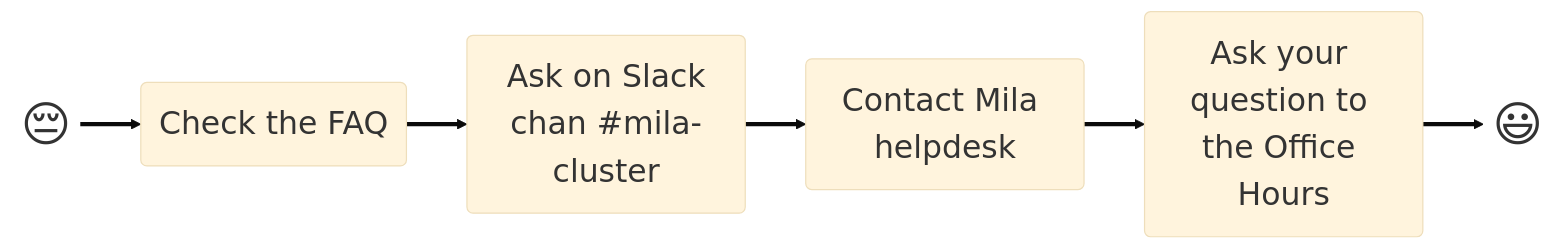
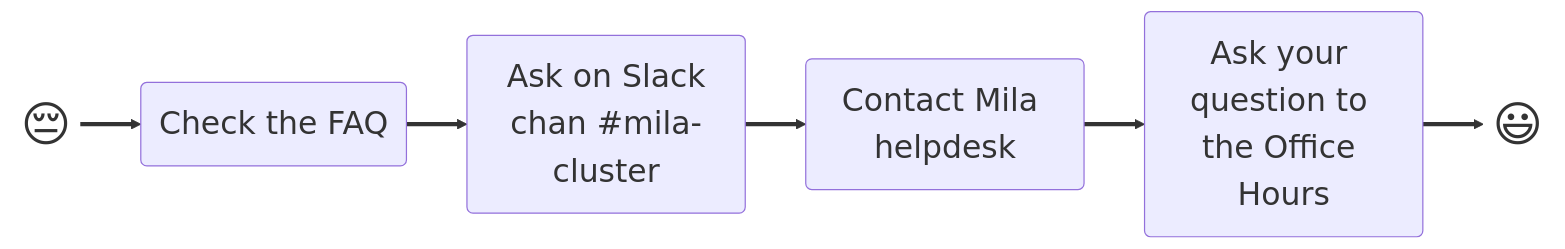
One commit to mila-iqia/mila-docs changed the diagram in docs/help/index.md. Above: the diagram before and after it, drawn with Mermaid.

Commit message:
Minor update on Help diagram

````diff
--- a/docs/help/index.md
+++ b/docs/help/index.md
@@ -6,24 +6,23 @@
 ``` mermaid
-    %%{init: {'theme': 'base', 'themeVariables': {'fontColor': 'purple', 'fontSize': '20px', 'fontFamily': 'Inter'}}}%%
     graph LR
         User(😔):::emoji
         Slack("`Ask on Slack
         chan #mila-cluster`"):::bigger
         Yay(😃):::emoji
 
         User ==> FAQ(Check the FAQ):::bigger
         FAQ ==> Slack
         Slack ==> Helpdesk(Contact Mila helpdesk):::bigger
         Helpdesk ==> OfficeHours(Ask your question to the Office Hours):::bigger
         OfficeHours ==> Yay
 
 
         User@{ shape: text }
         Yay@{ shape: text }
 
         click FAQ "/help/faq/"
         click Helpdesk "https://mila-iqia.atlassian.net/servicedesk/customer/portal/5"
 
         classDef bigger font-size:26px
-        classDef emoji font-size:40px
+        classDef emoji font-size:40px, fill:transparent
 ```
````
